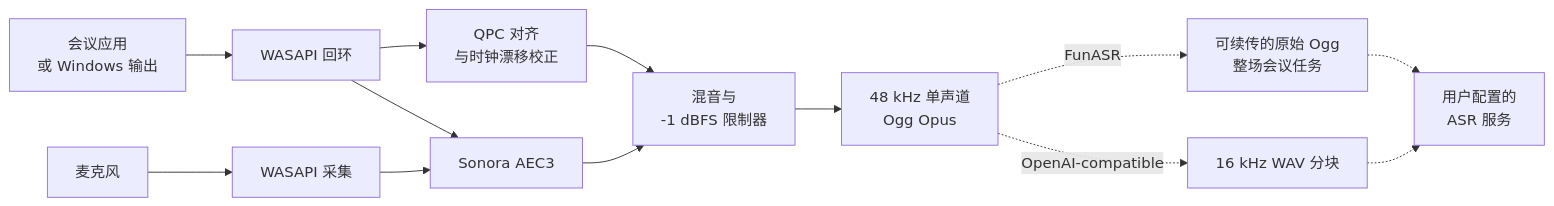
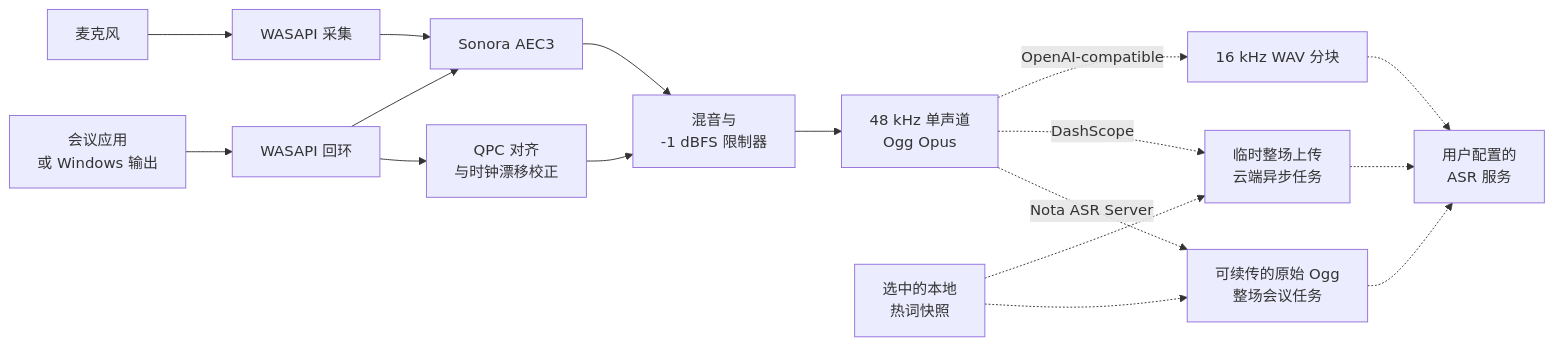
The diagram in README.zh-CN.md (kwp-lab/nota), drawn with Mermaid before and after one commit. The commit also changed other lines of this file and 1 other file, not shown here.

````diff
--- a/README.zh-CN.md
+++ b/README.zh-CN.md
@@ -84,15 +85,19 @@
 ```mermaid
 flowchart LR
     A["会议应用<br>或 Windows 输出"] --> B["WASAPI 回环"]
     C["麦克风"] --> D["WASAPI 采集"]
     B --> E["QPC 对齐<br>与时钟漂移校正"]
     D --> F["Sonora AEC3"]
     B --> F
     E --> G["混音与<br>-1 dBFS 限制器"]
     F --> G
     G --> H["48 kHz 单声道<br>Ogg Opus"]
-    H -. "FunASR" .-> I["可续传的原始 Ogg<br>整场会议任务"]
+    H -. "Nota ASR Server" .-> I["可续传的原始 Ogg<br>整场会议任务"]
+    H -. "DashScope" .-> L["临时整场上传<br>云端异步任务"]
     H -. "OpenAI-compatible" .-> K["16 kHz WAV 分块"]
+    V["选中的本地<br>热词快照"] -.-> I
+    V -.-> L
     I -.-> J["用户配置的<br>ASR 服务"]
+    L -.-> J
     K -.-> J
 ```
````
